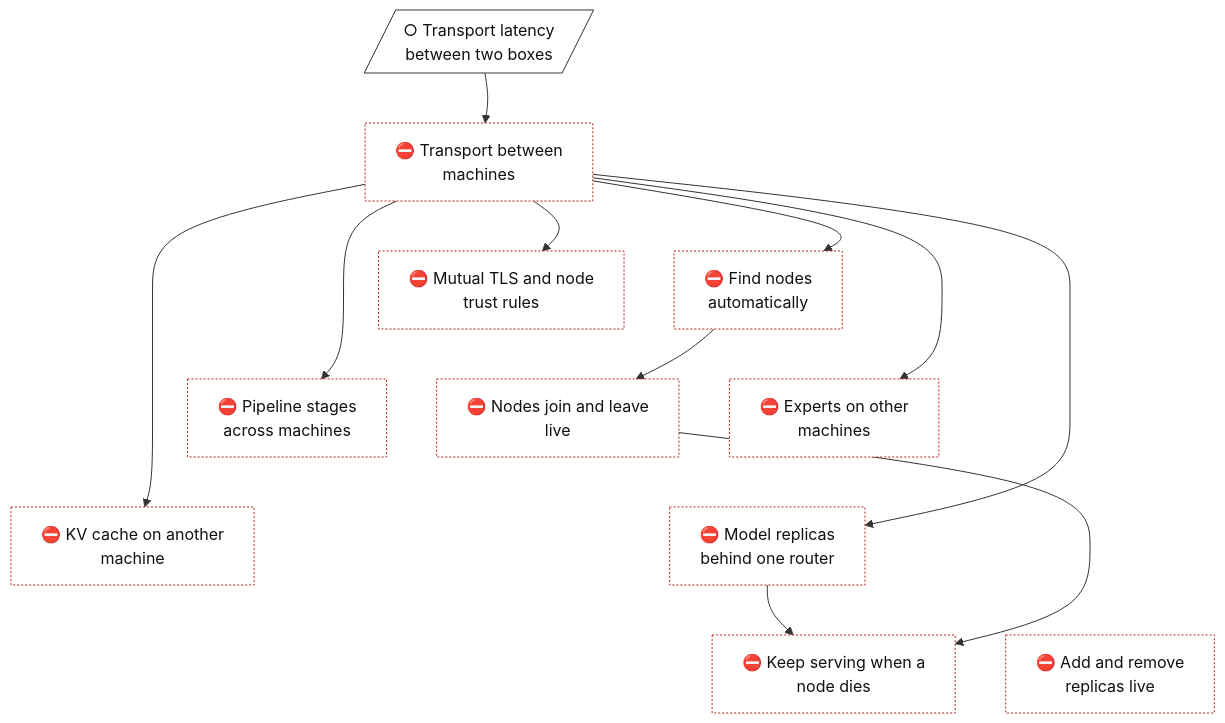
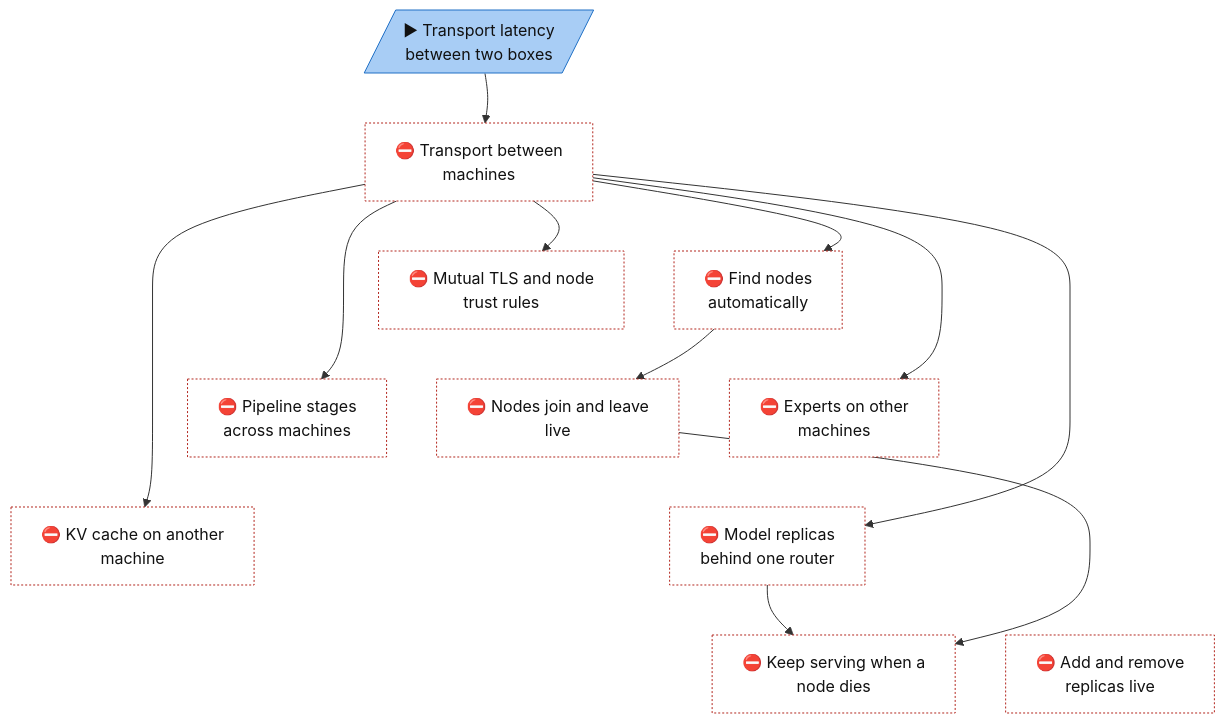
The diagram in docs/roadmap/tracks/cluster.md (lhns/tetraeder), drawn with Mermaid before and after one commit. The commit also changed other lines of this file and 6 other files, not shown here.

Commit message:
Roadmap: serving-parity-libllama and cluster-transport-wan in progress, review node for the 2026-11-23 batch; plan status line (not measured)

````diff
--- a/docs/roadmap/tracks/cluster.md
+++ b/docs/roadmap/tracks/cluster.md
@@ -10,51 +10,51 @@
 ```mermaid
 flowchart TB
-    cluster_transport_wan[/"○ Transport latency<br/>between two boxes"/]
+    cluster_transport_wan[/"▶ Transport latency<br/>between two boxes"/]
     cluster_transport["⛔ Transport between<br/>machines"]
     cluster_mtls["⛔ Mutual TLS and node<br/>trust rules"]
     cluster_discovery["⛔ Find nodes<br/>automatically"]
     cluster_join_leave["⛔ Nodes join and leave<br/>live"]
     cluster_pipeline_nodes["⛔ Pipeline stages<br/>across machines"]
     cluster_experts_nodes["⛔ Experts on other<br/>machines"]
     cluster_remote_kv["⛔ KV cache on another<br/>machine"]
     cluster_replicas["⛔ Model replicas<br/>behind one router"]
     cluster_failover["⛔ Keep serving when a<br/>node dies"]
     cluster_replica_scaling["⛔ Add and remove<br/>replicas live"]
     cluster_transport_wan ~~~ cluster_transport
     cluster_transport ~~~ cluster_mtls
     cluster_transport ~~~ cluster_discovery
     cluster_mtls ~~~ cluster_join_leave
     cluster_discovery ~~~ cluster_pipeline_nodes
     cluster_discovery ~~~ cluster_experts_nodes
     cluster_join_leave ~~~ cluster_remote_kv
     cluster_pipeline_nodes ~~~ cluster_replicas
     cluster_experts_nodes ~~~ cluster_replicas
     cluster_remote_kv ~~~ cluster_failover
     cluster_replicas ~~~ cluster_replica_scaling
     cluster_transport_wan --> cluster_transport
     cluster_transport --> cluster_mtls
     cluster_transport --> cluster_discovery
     cluster_discovery --> cluster_join_leave
     cluster_transport --> cluster_pipeline_nodes
     cluster_transport --> cluster_experts_nodes
     cluster_transport --> cluster_remote_kv
     cluster_transport --> cluster_replicas
     cluster_replicas --> cluster_failover
     cluster_join_leave --> cluster_failover
     classDef vsucc fill:#2e9e4f,stroke:#1b6b34,color:#fff
     classDef succ fill:#bfe8c8,stroke:#2e9e4f,color:#111
     classDef mixed fill:#ffd37a,stroke:#c98a00,color:#111
     classDef bad fill:#f28b82,stroke:#b3261e,color:#111
     classDef dead fill:#e6e6e6,stroke:#777,stroke-dasharray:5 5,color:#555
     classDef inprog fill:#a8cdf5,stroke:#1f6fc5,color:#111
     classDef next fill:#fff,stroke:#333,color:#111
     classDef blocked fill:#fff,stroke:#b3261e,stroke-dasharray:2 2,color:#111
     classDef parked fill:#f3f3f3,stroke:#999,color:#555
     classDef unrated fill:#fff,stroke:#333,stroke-dasharray:1 3,color:#111
     classDef gate fill:#d9c2f0,stroke:#7b3fb5,color:#111
     classDef decided fill:#ece0f7,stroke:#7b3fb5,stroke-dasharray:2 2,color:#111
     classDef finding fill:#ffe0b2,stroke:#d84315,stroke-width:2px,color:#111
     classDef waiting fill:#e3f2fd,stroke:#1f6fc5,stroke-dasharray:5 5,color:#111
-    class cluster_transport_wan next
+    class cluster_transport_wan inprog
     class cluster_transport,cluster_mtls,cluster_discovery,cluster_join_leave,cluster_pipeline_nodes,cluster_experts_nodes,cluster_remote_kv,cluster_replicas,cluster_failover,cluster_replica_scaling blocked
 ```
````
